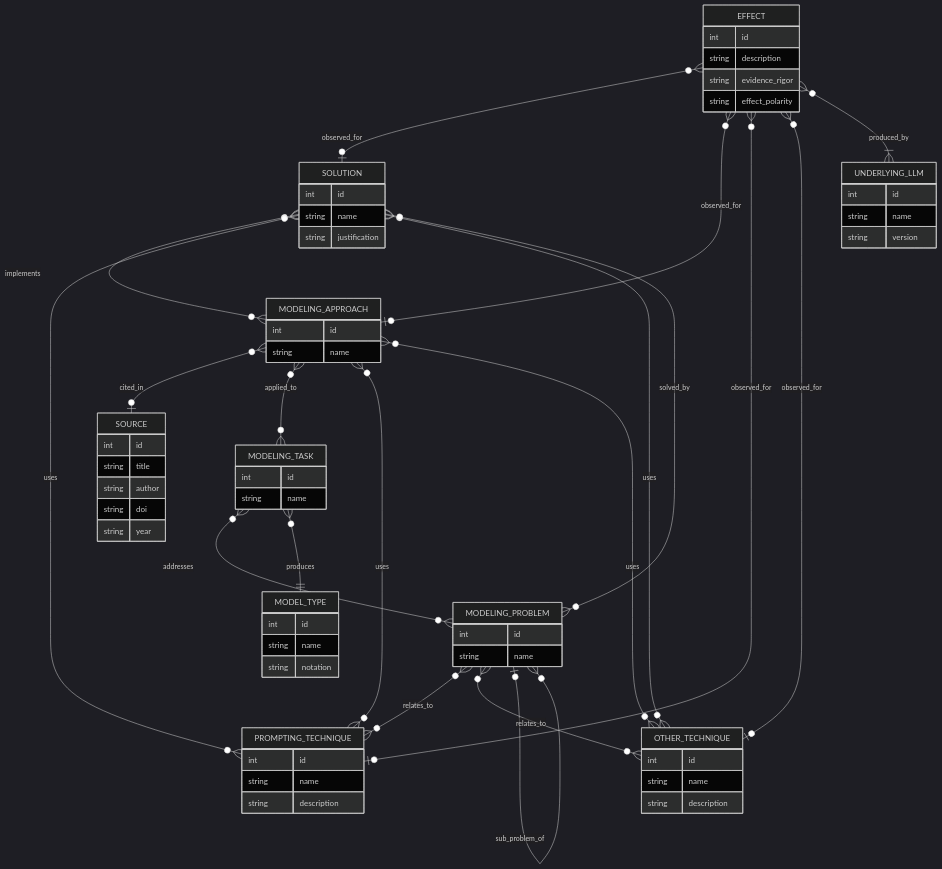
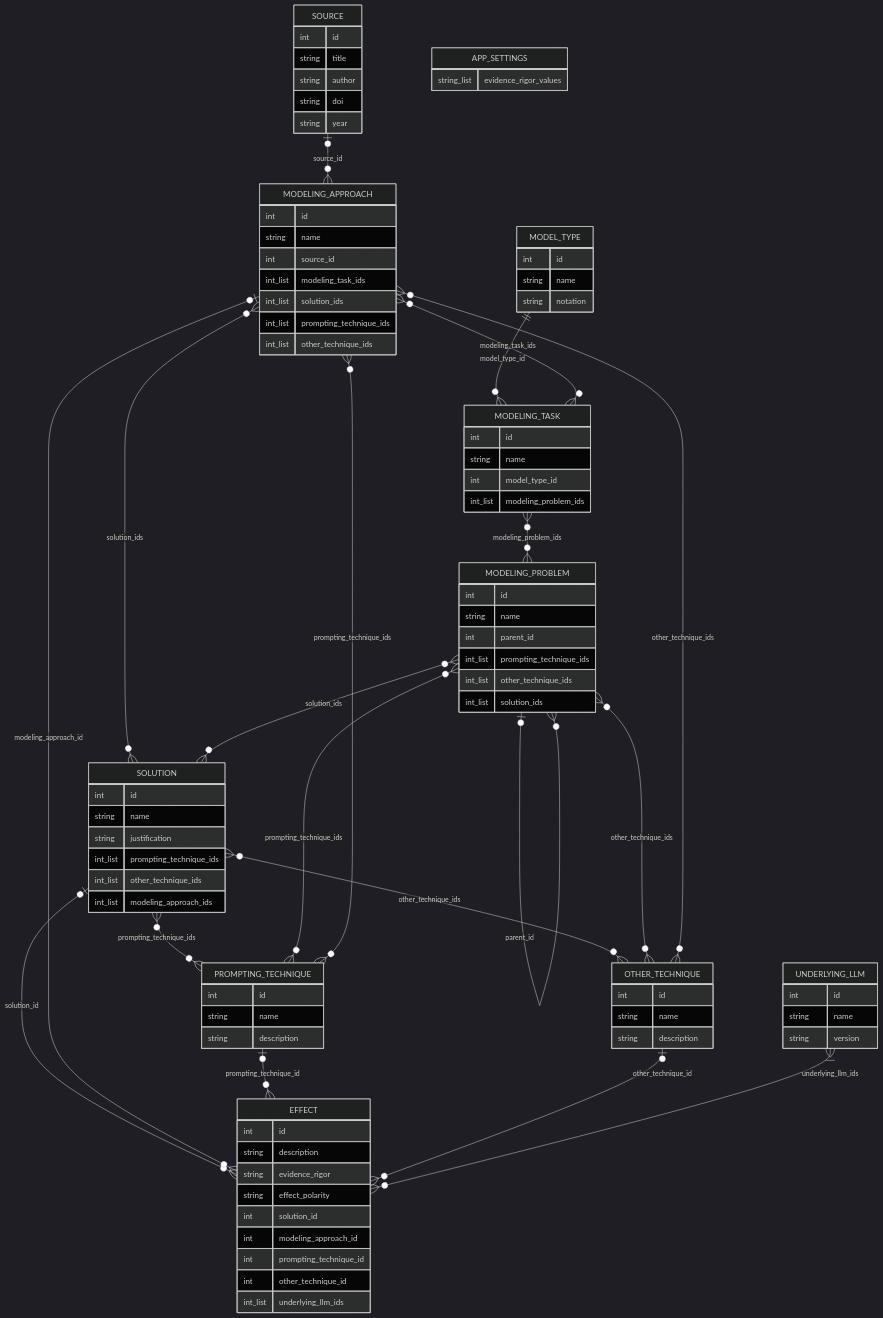
One commit to sybrendekinderen-afk/aap-alternative-modeling-app changed the diagram in kb_data_model.mmd. Above: the diagram before and after it, drawn with Mermaid (dark theme). The commit also changed 3 other files, not shown here.

Commit message:
added fourth competency question, tracing problem via task and solution

```diff
--- a/kb_data_model.mmd
+++ b/kb_data_model.mmd
@@ -1,74 +1,99 @@
 erDiagram
     SOLUTION {
         int id
         string name
         string justification
+        int_list prompting_technique_ids
+        int_list other_technique_ids
+        int_list modeling_approach_ids
     }
     SOURCE {
         int id
         string title
         string author
         string doi
         string year
     }
     EFFECT {
         int id
         string description
         string evidence_rigor
         string effect_polarity
+        int solution_id
+        int modeling_approach_id
+        int prompting_technique_id
+        int other_technique_id
+        int_list underlying_llm_ids
     }
     UNDERLYING_LLM {
         int id
         string name
         string version
     }
     MODEL_TYPE {
         int id
         string name
         string notation
     }
     PROMPTING_TECHNIQUE {
         int id
         string name
         string description
     }
     OTHER_TECHNIQUE {
         int id
         string name
         string description
     }
     MODELING_TASK {
         int id
         string name
+        int model_type_id
+        int_list modeling_problem_ids
     }
     MODELING_PROBLEM {
         int id
         string name
+        int parent_id
+        int_list prompting_technique_ids
+        int_list other_technique_ids
+        int_list solution_ids
     }
     MODELING_APPROACH {
         int id
         string name
+        int source_id
+        int_list modeling_task_ids
+        int_list solution_ids
+        int_list prompting_technique_ids
+        int_list other_technique_ids
+    }
+    APP_SETTINGS {
+        string_list evidence_rigor_values
     }
 
-    SOLUTION }o--o{ MODELING_APPROACH : implements
-    SOLUTION }o--o{ PROMPTING_TECHNIQUE : uses
-    SOLUTION }o--o{ OTHER_TECHNIQUE : uses
+    MODELING_APPROACH }o--o{ SOLUTION : solution_ids
+    SOLUTION }o--o{ PROMPTING_TECHNIQUE : prompting_technique_ids
+    SOLUTION }o--o{ OTHER_TECHNIQUE : other_technique_ids
 
-    MODELING_PROBLEM }o--o{ SOLUTION : solved_by
-    MODELING_PROBLEM }o--o{ PROMPTING_TECHNIQUE : relates_to
-    MODELING_PROBLEM }o--o{ OTHER_TECHNIQUE : relates_to
-    MODELING_PROBLEM |o--o{ MODELING_PROBLEM : sub_problem_of
+    MODELING_PROBLEM }o--o{ SOLUTION : solution_ids
+    MODELING_PROBLEM }o--o{ PROMPTING_TECHNIQUE : prompting_technique_ids
+    MODELING_PROBLEM }o--o{ OTHER_TECHNIQUE : other_technique_ids
+    MODELING_PROBLEM o|--o{ MODELING_PROBLEM : parent_id
 
-    MODELING_TASK }o--o{ MODELING_PROBLEM : addresses
-    MODELING_TASK }o--|| MODEL_TYPE : produces
+    MODELING_TASK }o--o{ MODELING_PROBLEM : modeling_problem_ids
+    MODEL_TYPE ||--o{ MODELING_TASK : model_type_id
 
-    MODELING_APPROACH }o--o| SOURCE : cited_in
-    MODELING_APPROACH }o--o{ MODELING_TASK : applied_to
-    MODELING_APPROACH }o--o{ PROMPTING_TECHNIQUE : uses
-    MODELING_APPROACH }o--o{ OTHER_TECHNIQUE : uses
+    SOURCE o|--o{ MODELING_APPROACH : source_id
+    MODELING_APPROACH }o--o{ MODELING_TASK : modeling_task_ids
+    MODELING_APPROACH }o--o{ PROMPTING_TECHNIQUE : prompting_technique_ids
+    MODELING_APPROACH }o--o{ OTHER_TECHNIQUE : other_technique_ids
 
-    EFFECT }o--o| SOLUTION : observed_for
-    EFFECT }o--o| MODELING_APPROACH : observed_for
-    EFFECT }o--o| PROMPTING_TECHNIQUE : observed_for
-    EFFECT }o--o| OTHER_TECHNIQUE : observed_for
-    EFFECT }o--|{ UNDERLYING_LLM : produced_by
+    SOLUTION o|--o{ EFFECT : solution_id
+    MODELING_APPROACH o|--o{ EFFECT : modeling_approach_id
+    PROMPTING_TECHNIQUE o|--o{ EFFECT : prompting_technique_id
+    OTHER_TECHNIQUE o|--o{ EFFECT : other_technique_id
+    UNDERLYING_LLM |{--o{ EFFECT : underlying_llm_ids
+
+%% The four optional effect bindings are mutually exclusive: an effect is bound to at most one of solution, approach, prompting technique, or other technique.
+%% The ID-list relationships above are stored as arrays in data.json; they are not separate join-record collections.
```
